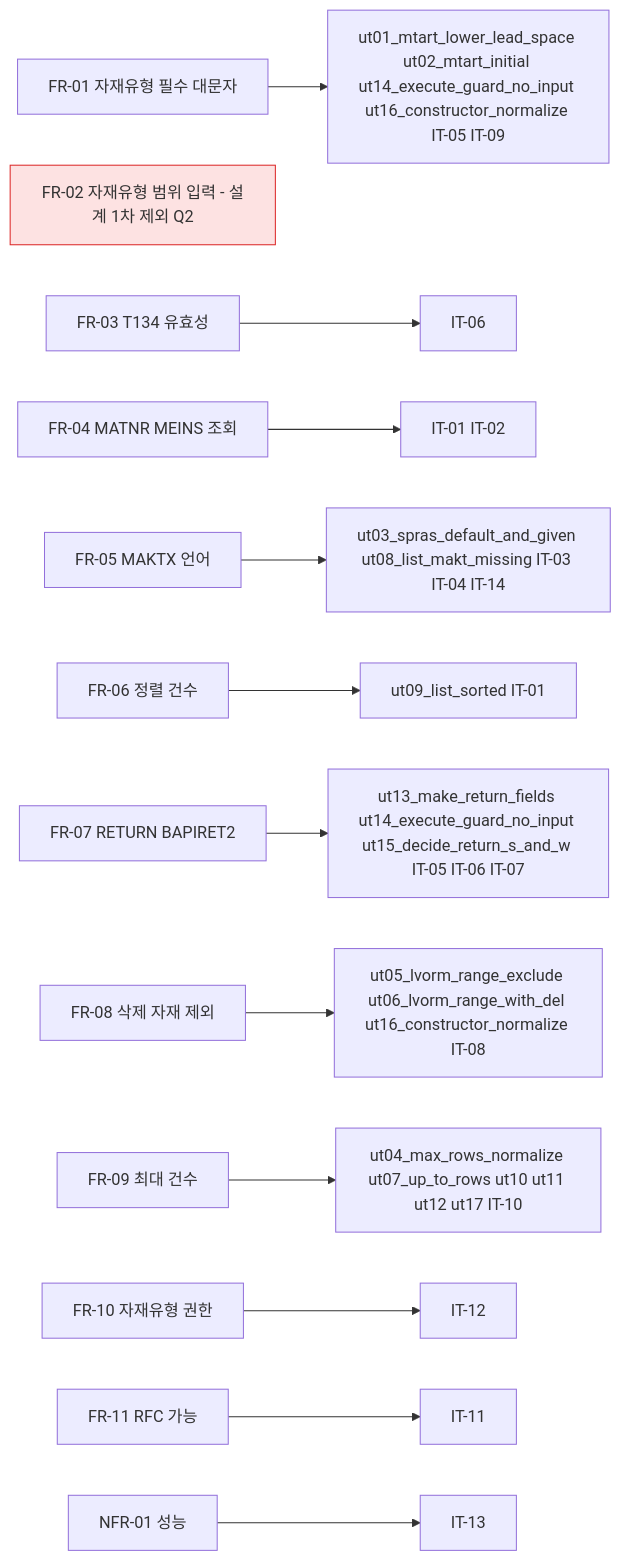
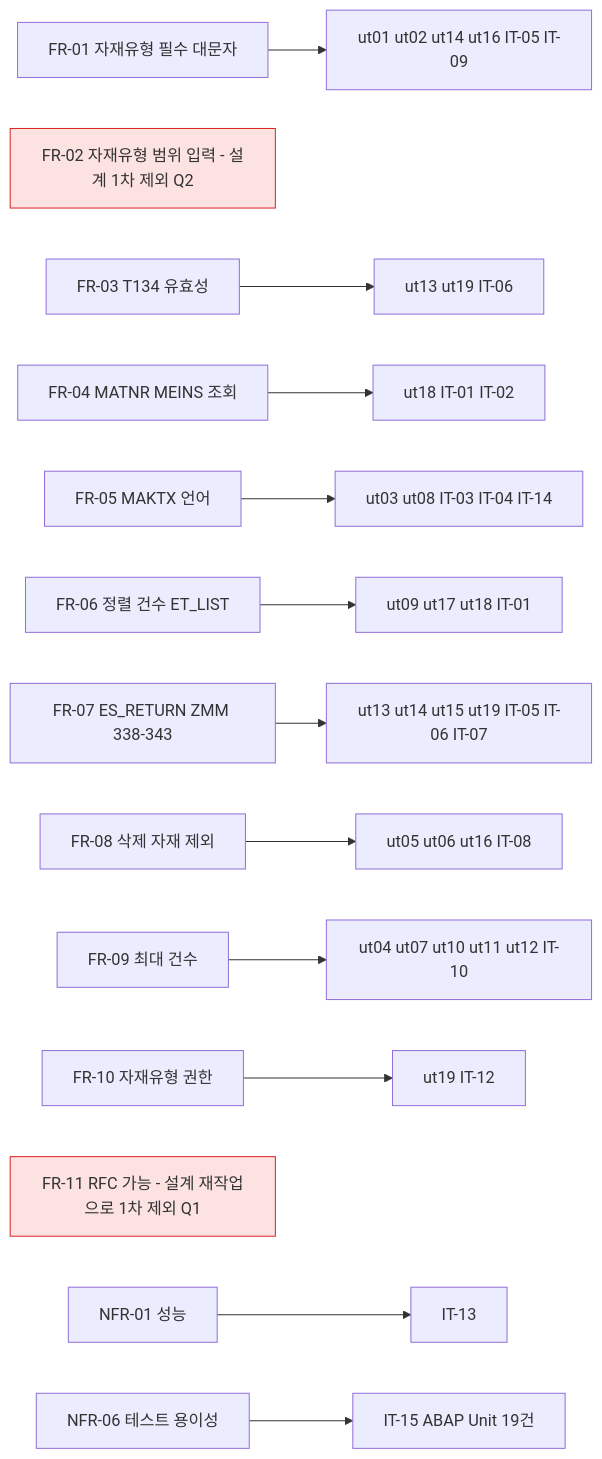
One commit to sunguphong/devsap changed the first of 3 diagrams in work/20261119-f26e72/04_test.md. Above: the diagram before and after it, drawn with Mermaid. The commit also changed other lines of this file and 20 other files, not shown here.

````diff
--- a/work/20261119-f26e72/04_test.md
+++ b/work/20261119-f26e72/04_test.md
@@ -19,17 +19,19 @@
 ```mermaid
 flowchart LR
-  FR01["FR-01 자재유형 필수 대문자"] --> S01["ut01_mtart_lower_lead_space ut02_mtart_initial ut14_execute_guard_no_input ut16_constructor_normalize IT-05 IT-09"]
+  FR01["FR-01 자재유형 필수 대문자"] --> T01["ut01 ut02 ut14 ut16 IT-05 IT-09"]
   FR02["FR-02 자재유형 범위 입력 - 설계 1차 제외 Q2"]
-  FR03["FR-03 T134 유효성"] --> S03["IT-06"]
-  FR04["FR-04 MATNR MEINS 조회"] --> S04["IT-01 IT-02"]
-  FR05["FR-05 MAKTX 언어"] --> S05["ut03_spras_default_and_given ut08_list_makt_missing IT-03 IT-04 IT-14"]
-  FR06["FR-06 정렬 건수"] --> S06["ut09_list_sorted IT-01"]
-  FR07["FR-07 RETURN BAPIRET2"] --> S07["ut13_make_return_fields ut14_execute_guard_no_input ut15_decide_return_s_and_w IT-05 IT-06 IT-07"]
-  FR08["FR-08 삭제 자재 제외"] --> S08["ut05_lvorm_range_exclude ut06_lvorm_range_with_del ut16_constructor_normalize IT-08"]
-  FR09["FR-09 최대 건수"] --> S09["ut04_max_rows_normalize ut07_up_to_rows ut10 ut11 ut12 ut17 IT-10"]
-  FR10["FR-10 자재유형 권한"] --> S10["IT-12"]
-  FR11["FR-11 RFC 가능"] --> S11["IT-11"]
-  NFR01["NFR-01 성능"] --> S12["IT-13"]
+  FR03["FR-03 T134 유효성"] --> T03["ut13 ut19 IT-06"]
+  FR04["FR-04 MATNR MEINS 조회"] --> T04["ut18 IT-01 IT-02"]
+  FR05["FR-05 MAKTX 언어"] --> T05["ut03 ut08 IT-03 IT-04 IT-14"]
+  FR06["FR-06 정렬 건수 ET_LIST"] --> T06["ut09 ut17 ut18 IT-01"]
+  FR07["FR-07 ES_RETURN ZMM 338-343"] --> T07["ut13 ut14 ut15 ut19 IT-05 IT-06 IT-07"]
+  FR08["FR-08 삭제 자재 제외"] --> T08["ut05 ut06 ut16 IT-08"]
+  FR09["FR-09 최대 건수"] --> T09["ut04 ut07 ut10 ut11 ut12 IT-10"]
+  FR10["FR-10 자재유형 권한"] --> T10["ut19 IT-12"]
+  FR11["FR-11 RFC 가능 - 설계 재작업으로 1차 제외 Q1"]
+  NFR01["NFR-01 성능"] --> T12["IT-13"]
+  NFR06["NFR-06 테스트 용이성"] --> T13["IT-15 ABAP Unit 19건"]
   class FR02 gap
+  class FR11 gap
   classDef gap fill:#fde2e2,stroke:#dc2626
 ```
````
